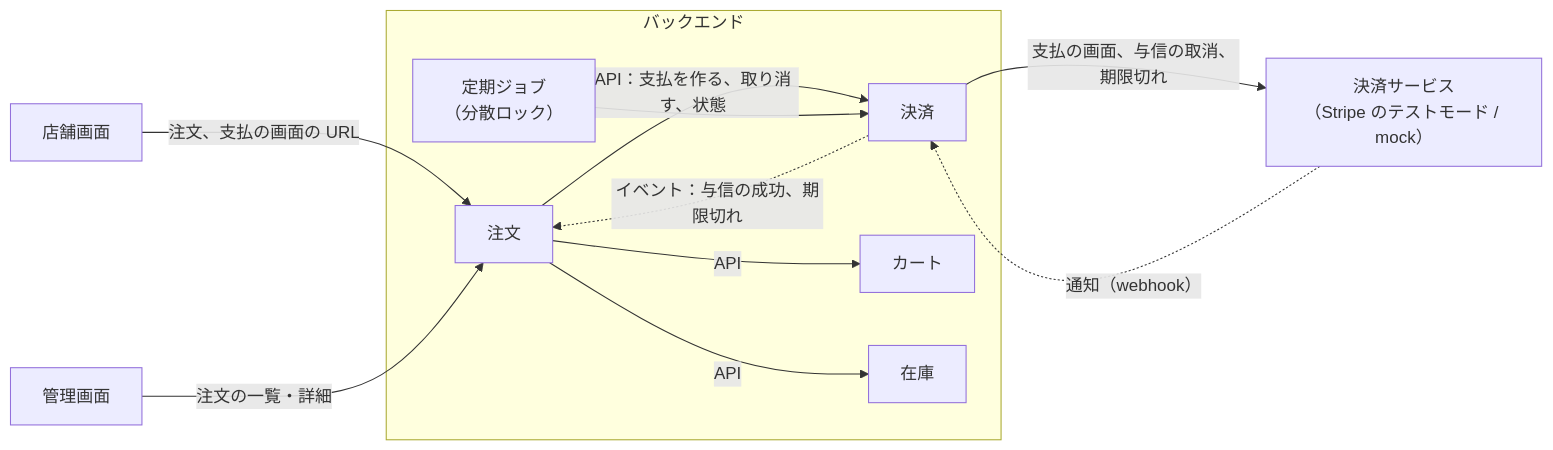
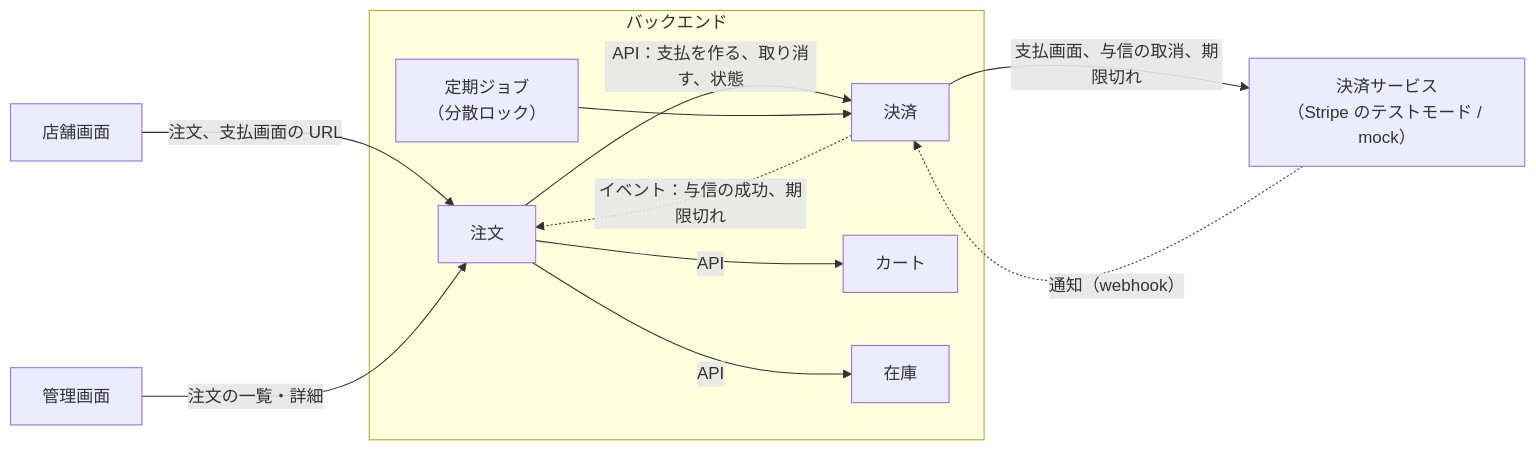
One commit to roger88106/ec-site changed the diagram in docs/specs/007-payment/plan.md. Above: the diagram before and after it, drawn with Mermaid. The commit also changed other lines of this file and 231 other files, not shown here.

````diff
--- a/docs/specs/007-payment/plan.md
+++ b/docs/specs/007-payment/plan.md
@@ -18,23 +18,23 @@
 ```mermaid
 flowchart LR
     storeUi["店舗画面"]
     adminUi["管理画面"]
     subgraph backend["バックエンド"]
         order["注文"]
         payment["決済"]
         cart["カート"]
         inventory["在庫"]
         job["定期ジョブ<br/>（分散ロック）"]
     end
     gateway["決済サービス<br/>（Stripe のテストモード / mock）"]
 
-    storeUi -- "注文、支払の画面の URL" --> order
+    storeUi -- "注文、支払画面の URL" --> order
     adminUi -- "注文の一覧・詳細" --> order
     order -- "API：支払を作る、取り消す、状態" --> payment
     order -- "API" --> cart
     order -- "API" --> inventory
     payment -. "イベント：与信の成功、期限切れ" .-> order
-    payment -- "支払の画面、与信の取消、期限切れ" --> gateway
+    payment -- "支払画面、与信の取消、期限切れ" --> gateway
     gateway -. "通知（webhook）" .-> payment
     job --> payment
 ```
````
